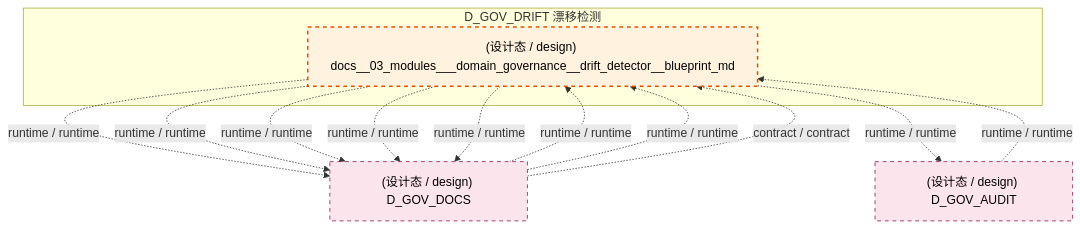
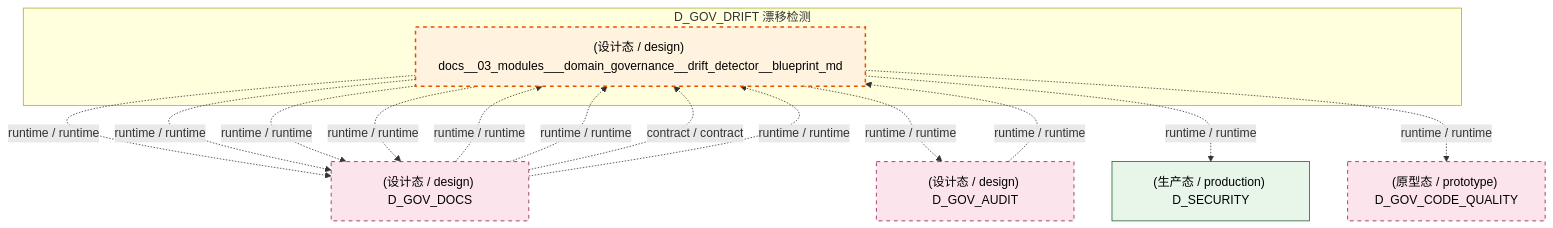
One commit to xuanFelixVan/ZephyrAlpha changed the fifth of 7 diagrams in docs/02_enterprise_architecture/02_domain_architecture_docs/41_d_gov_drift.md. Above: the diagram before and after it, drawn with Mermaid. The commit also changed other lines of this file and 102 other files, not shown here.

````diff
--- a/docs/02_enterprise_architecture/02_domain_architecture_docs/41_d_gov_drift.md
+++ b/docs/02_enterprise_architecture/02_domain_architecture_docs/41_d_gov_drift.md
@@ -535,24 +539,29 @@
 ```mermaid
 graph TD
     subgraph D_GOV_DRIFT["D_GOV_DRIFT 漂移检测"]
         docs_03_modules_domain_governance_drift_detector_blueprint_md["(设计态 / design) docs__03_modules___domain_governance__drift_detector__blueprint_md"]
     end
     D_GOV_DOCS["(设计态 / design) D_GOV_DOCS"]
     docs_03_modules_domain_governance_drift_detector_blueprint_md -.->|runtime / runtime| D_GOV_DOCS
     docs_03_modules_domain_governance_drift_detector_blueprint_md -.->|runtime / runtime| D_GOV_DOCS
     D_GOV_AUDIT["(设计态 / design) D_GOV_AUDIT"]
     docs_03_modules_domain_governance_drift_detector_blueprint_md -.->|runtime / runtime| D_GOV_AUDIT
-    docs_03_modules_domain_governance_drift_detector_blueprint_md -.->|runtime / runtime| D_GOV_DOCS
+    D_SECURITY["(生产态 / production) D_SECURITY"]
+    docs_03_modules_domain_governance_drift_detector_blueprint_md -.->|runtime / runtime| D_SECURITY
+    D_GOV_CODE_QUALITY["(原型态 / prototype) D_GOV_CODE_QUALITY"]
+    docs_03_modules_domain_governance_drift_detector_blueprint_md -.->|runtime / runtime| D_GOV_CODE_QUALITY
     docs_03_modules_domain_governance_drift_detector_blueprint_md -.->|runtime / runtime| D_GOV_DOCS
     docs_03_modules_domain_governance_drift_detector_blueprint_md -.->|runtime / runtime| D_GOV_DOCS
     D_GOV_AUDIT -.->|runtime / runtime| docs_03_modules_domain_governance_drift_detector_blueprint_md
     D_GOV_DOCS -.->|runtime / runtime| docs_03_modules_domain_governance_drift_detector_blueprint_md
     D_GOV_DOCS -.->|runtime / runtime| docs_03_modules_domain_governance_drift_detector_blueprint_md
     D_GOV_DOCS -.->|contract / contract| docs_03_modules_domain_governance_drift_detector_blueprint_md
+    D_GOV_DOCS -.->|runtime / runtime| docs_03_modules_domain_governance_drift_detector_blueprint_md
     classDef production fill:#e1f5fe,stroke:#01579b,stroke-width:2px,color:#000
     classDef design fill:#fff3e0,stroke:#e65100,stroke-width:2px,color:#000,stroke-dasharray: 5 5
     classDef external_prod fill:#e8f5e9,stroke:#1b5e20,stroke-width:1px,color:#000
     classDef external_design fill:#fce4ec,stroke:#880e4f,stroke-width:1px,color:#000,stroke-dasharray: 5 5
     class docs_03_modules_domain_governance_drift_detector_blueprint_md design
-    class D_GOV_DOCS,D_GOV_AUDIT external_design
+    class D_SECURITY external_prod
+    class D_GOV_DOCS,D_GOV_AUDIT,D_GOV_CODE_QUALITY external_design
 ```
````
